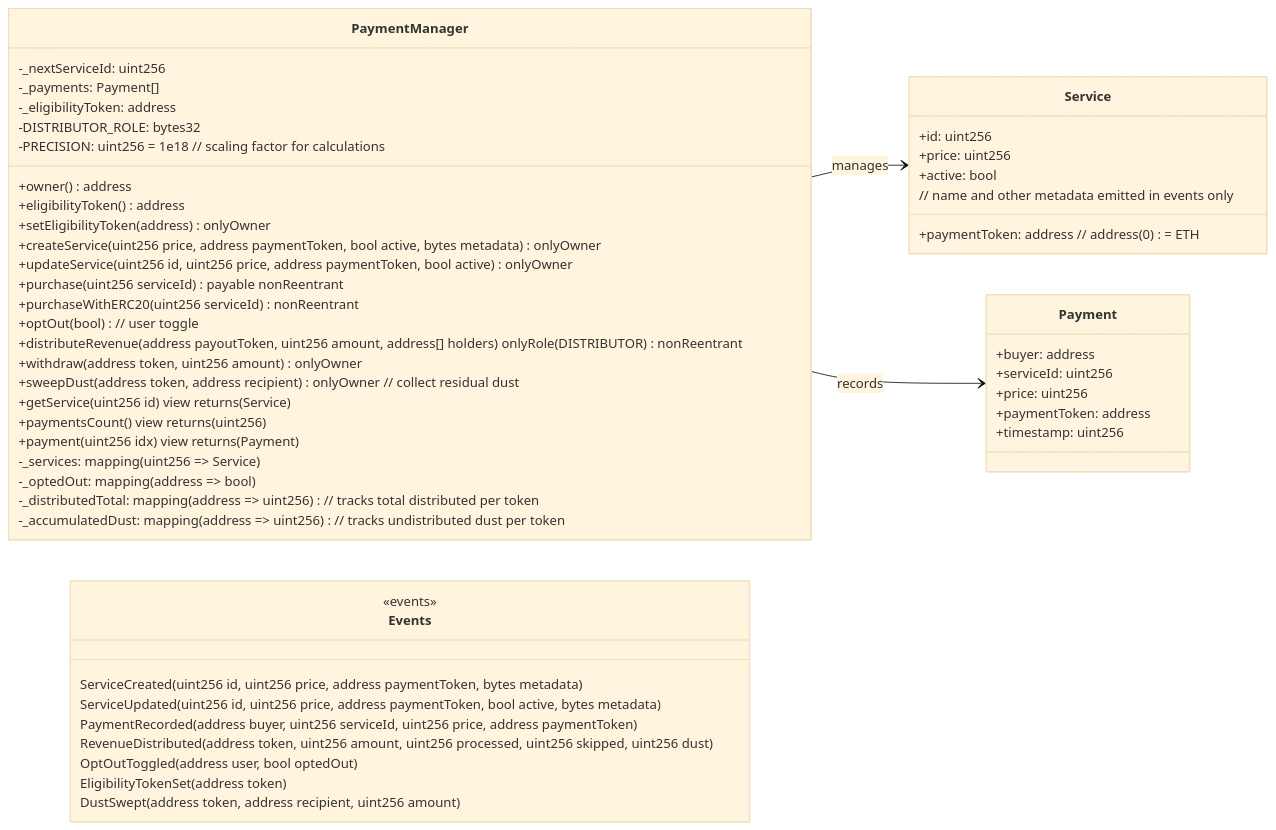
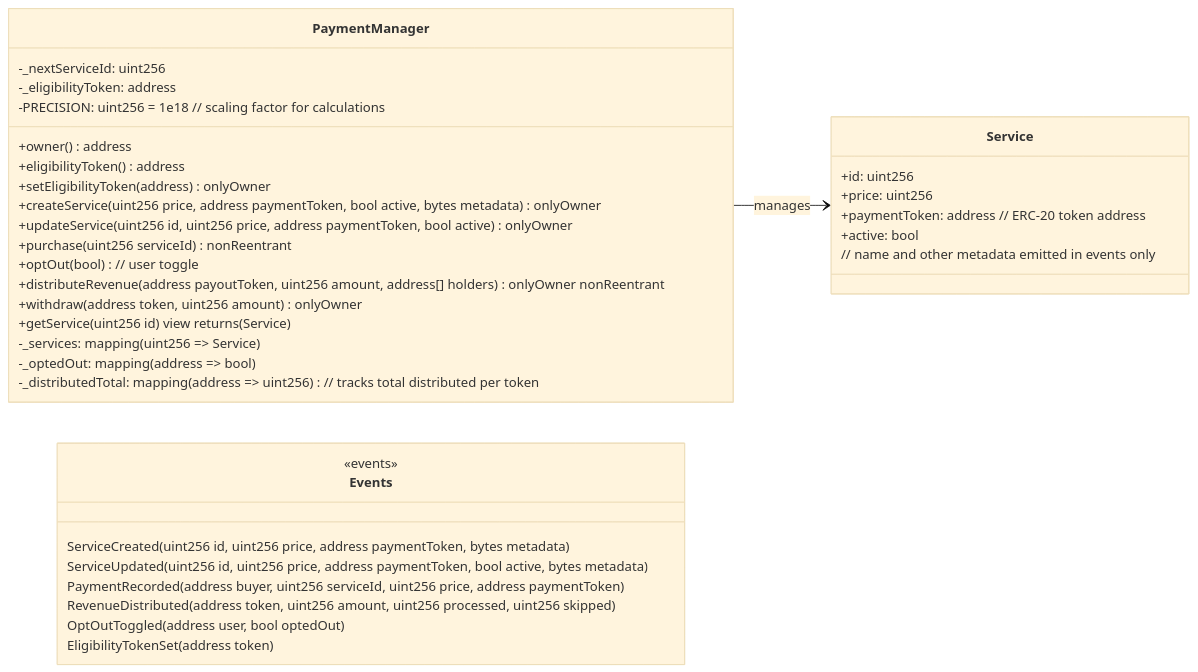
The first of 4 diagrams in PaymentManager-TechnicalSpec.md (PerpetualOrganizationArchitect/POP), drawn with Mermaid (base theme) before and after one commit. The commit also changed other lines of this file, not shown here.

First line of the commit message:
Simplify PaymentManager spec: ERC-20 only, Executor-controlled

````diff
--- a/PaymentManager-TechnicalSpec.md
+++ b/PaymentManager-TechnicalSpec.md
@@ -154,60 +149,43 @@
 ```mermaid
 classDiagram
     direction LR
 
     class PaymentManager {
       +owner() address
       +eligibilityToken() address
       +setEligibilityToken(address) onlyOwner
       +createService(uint256 price, address paymentToken, bool active, bytes metadata) onlyOwner
       +updateService(uint256 id, uint256 price, address paymentToken, bool active) onlyOwner
-      +purchase(uint256 serviceId) payable nonReentrant
-      +purchaseWithERC20(uint256 serviceId) nonReentrant
+      +purchase(uint256 serviceId) nonReentrant
       +optOut(bool)  // user toggle
-      +distributeRevenue(address payoutToken, uint256 amount, address[] holders) onlyRole(DISTRIBUTOR) nonReentrant
+      +distributeRevenue(address payoutToken, uint256 amount, address[] holders) onlyOwner nonReentrant
       +withdraw(address token, uint256 amount) onlyOwner
-      +sweepDust(address token, address recipient) onlyOwner  // collect residual dust
       +getService(uint256 id) view returns (Service)
-      +paymentsCount() view returns (uint256)
-      +payment(uint256 idx) view returns (Payment)
       -_services: mapping(uint256 => Service)
       -_nextServiceId: uint256
-      -_payments: Payment[]
       -_optedOut: mapping(address => bool)
       -_eligibilityToken: address
       -_distributedTotal: mapping(address => uint256)  // tracks total distributed per token
-      -_accumulatedDust: mapping(address => uint256)  // tracks undistributed dust per token
-      -DISTRIBUTOR_ROLE: bytes32
       -PRECISION: uint256 = 1e18  // scaling factor for calculations
     }
 
     class Service {
       +id: uint256
       +price: uint256
-      +paymentToken: address  // address(0) = ETH
+      +paymentToken: address  // ERC-20 token address
       +active: bool
       // name and other metadata emitted in events only
     }
 
-    class Payment {
-      +buyer: address
-      +serviceId: uint256
-      +price: uint256
-      +paymentToken: address
-      +timestamp: uint256
-    }
-
     PaymentManager --> Service : manages
-    PaymentManager --> Payment : records
     
     class Events {
       <<events>>
       ServiceCreated(uint256 id, uint256 price, address paymentToken, bytes metadata)
       ServiceUpdated(uint256 id, uint256 price, address paymentToken, bool active, bytes metadata)
       PaymentRecorded(address buyer, uint256 serviceId, uint256 price, address paymentToken)
-      RevenueDistributed(address token, uint256 amount, uint256 processed, uint256 skipped, uint256 dust)
+      RevenueDistributed(address token, uint256 amount, uint256 processed, uint256 skipped)
       OptOutToggled(address user, bool optedOut)
       EligibilityTokenSet(address token)
-      DustSwept(address token, address recipient, uint256 amount)
     }
 ```
````
